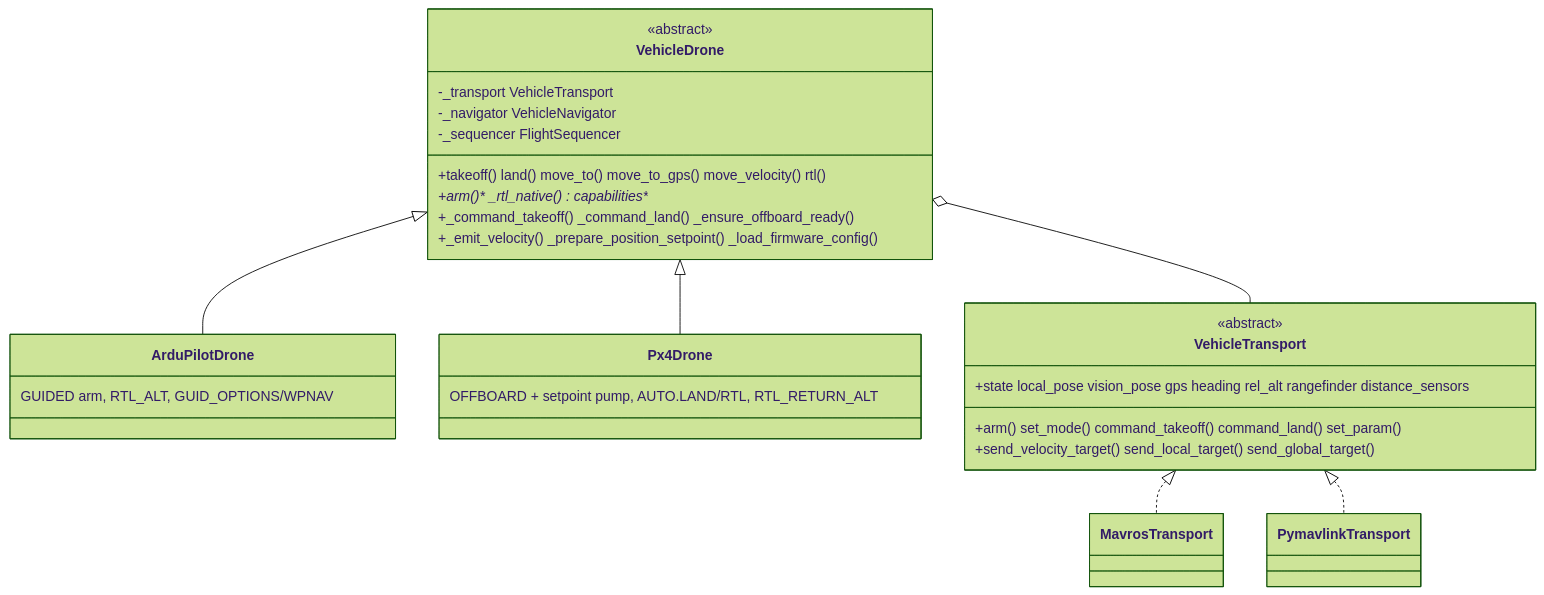
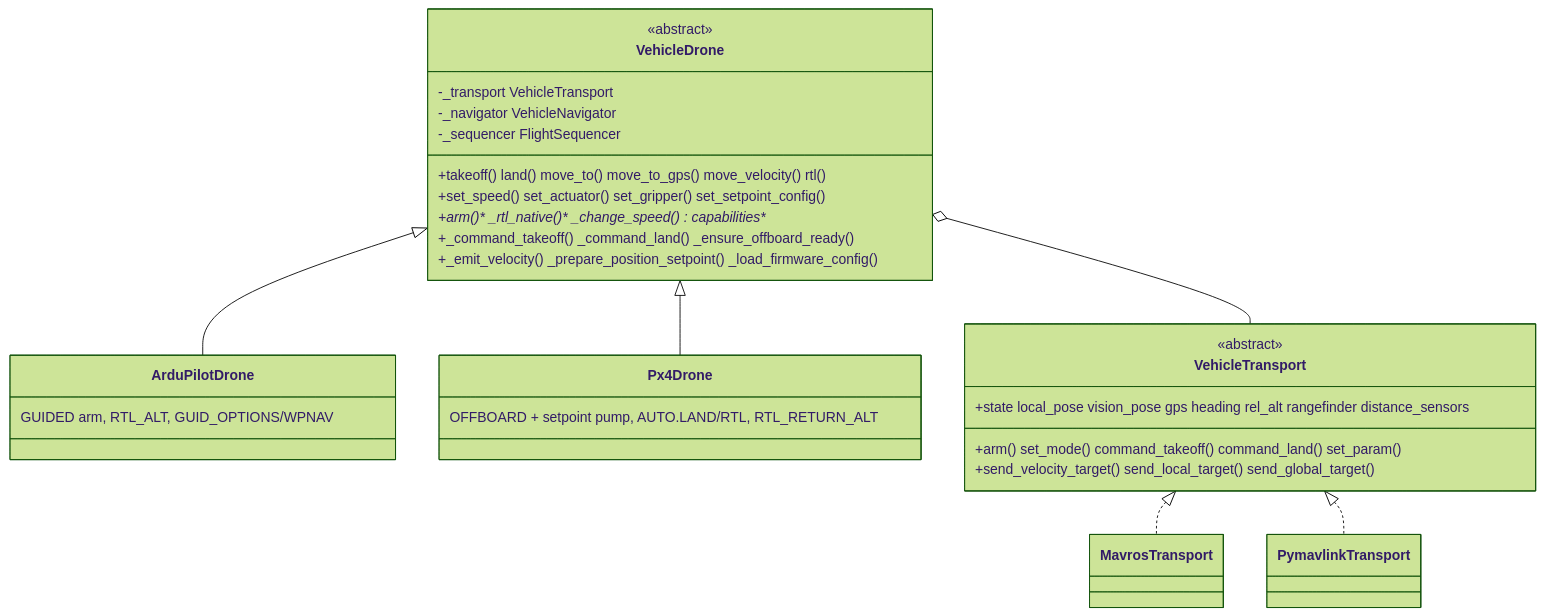
Before and after one commit to Black-Bee-Drones/nectar-sdk: the first of 2 diagrams in nectar/nectar/control/vehicle/README.md, drawn with Mermaid (forest theme). The commit also changed other lines of this file and 31 other files, not shown here.

Commit message:
feat(px4): introduce PX4 setpoint configuration and capabilities for actuator and gripper support

````diff
--- a/nectar/nectar/control/vehicle/README.md
+++ b/nectar/nectar/control/vehicle/README.md
@@ -11,33 +11,34 @@
 ```mermaid
 classDiagram
     class VehicleDrone {
         <<abstract>>
         -_transport VehicleTransport
         -_navigator VehicleNavigator
         -_sequencer FlightSequencer
         +takeoff() land() move_to() move_to_gps() move_velocity() rtl()
-        +arm()* _rtl_native()* capabilities*
+        +set_speed() set_actuator() set_gripper() set_setpoint_config()
+        +arm()* _rtl_native()* _change_speed()* capabilities*
         +_command_takeoff() _command_land() _ensure_offboard_ready()
         +_emit_velocity() _prepare_position_setpoint() _load_firmware_config()
     }
     class ArduPilotDrone {
         GUIDED arm, RTL_ALT, GUID_OPTIONS/WPNAV
     }
     class Px4Drone {
         OFFBOARD + setpoint pump, AUTO.LAND/RTL, RTL_RETURN_ALT
     }
     class VehicleTransport {
         <<abstract>>
         +state local_pose vision_pose gps heading rel_alt rangefinder distance_sensors
         +arm() set_mode() command_takeoff() command_land() set_param()
         +send_velocity_target() send_local_target() send_global_target()
     }
     class MavrosTransport
     class PymavlinkTransport
 
     VehicleDrone <|-- ArduPilotDrone
     VehicleDrone <|-- Px4Drone
     VehicleDrone o-- VehicleTransport
     VehicleTransport <|.. MavrosTransport
     VehicleTransport <|.. PymavlinkTransport
 ```
````
